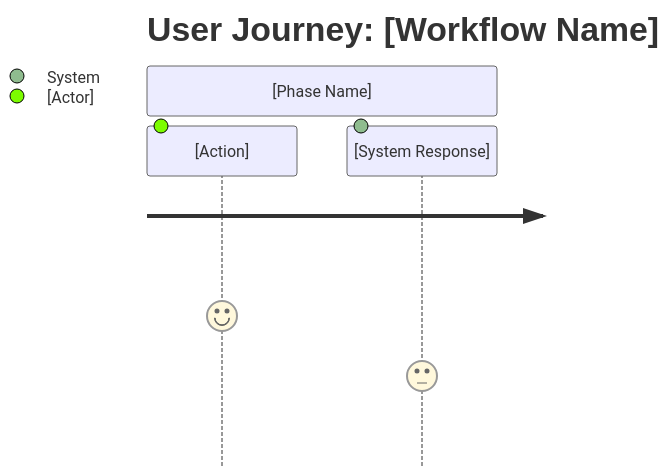
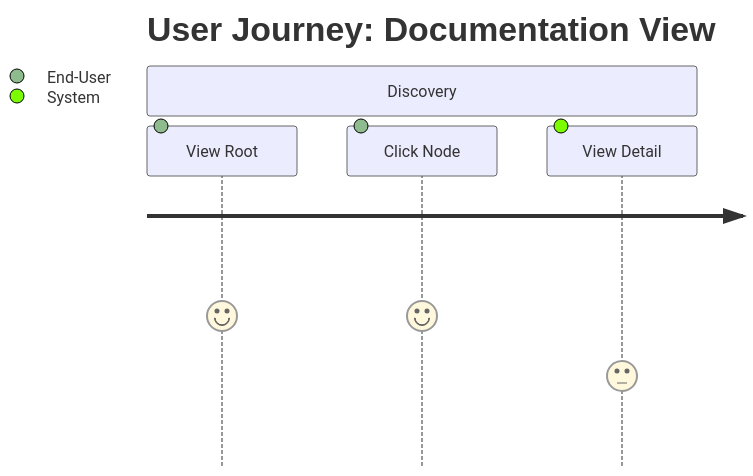
Before and after one commit to futurefoundai/foundryspec: the diagram in foundryspec/assets/discovery/journeys.mermaid, drawn with Mermaid. The commit also changed 12 other files, not shown here.

```diff
--- a/foundryspec/assets/discovery/journeys.mermaid
+++ b/foundryspec/assets/discovery/journeys.mermaid
@@ -1,11 +1,12 @@
 ---
 title: User Journey
 description: High-level workflow visualization.
 traceability:
-  uplink: "PER_EndUser"
+  uplink: "ROOT"
 ---
 journey
-    title User Journey: [Workflow Name]
-    section [Phase Name]
-      [Action]: 5: [Actor]
-      [System Response]: 3: System
+    title User Journey: Documentation View
+    section Discovery
+      View Root: 5: End-User
+      Click Node: 5: End-User
+      View Detail: 3: System
```
